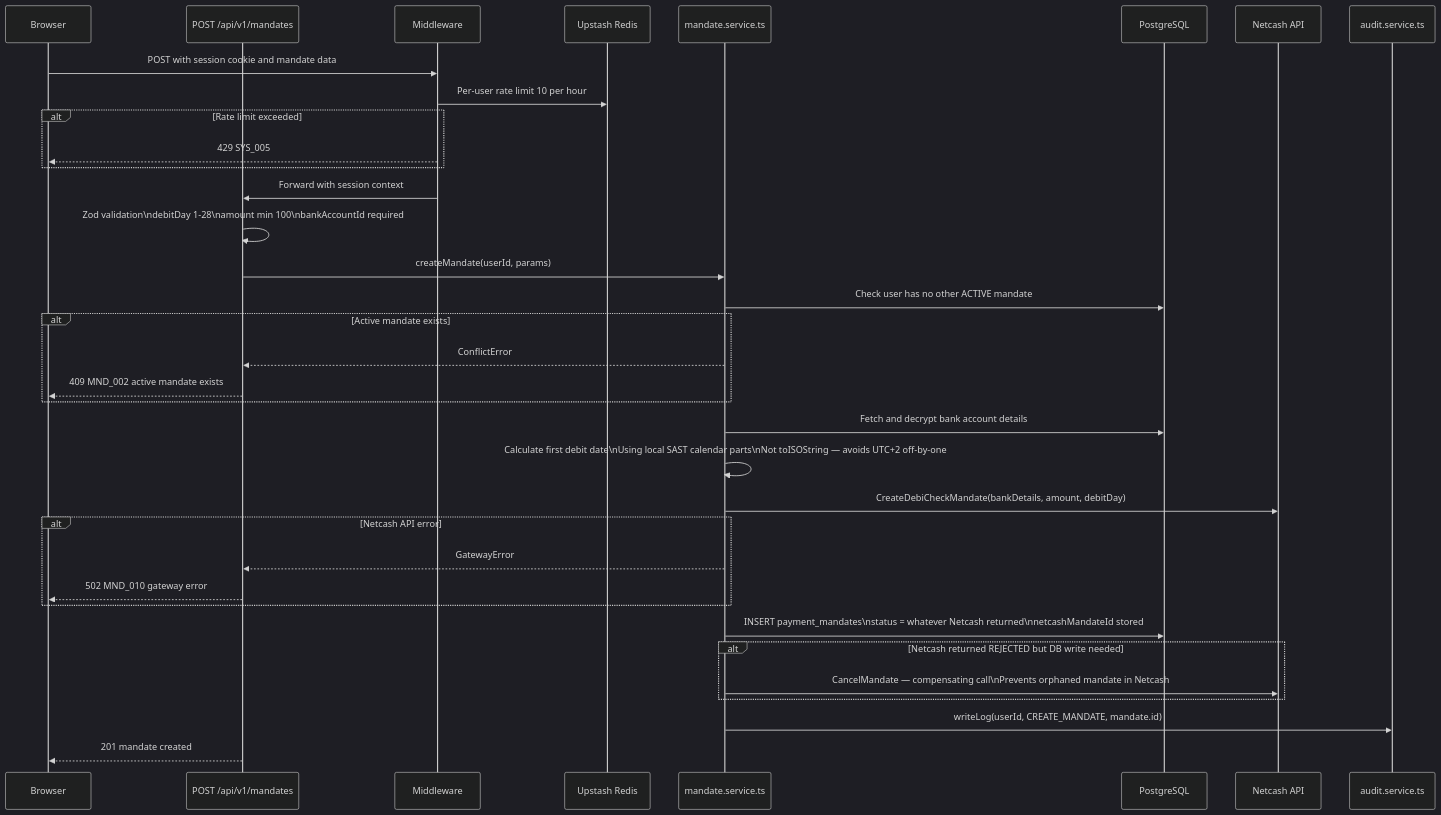
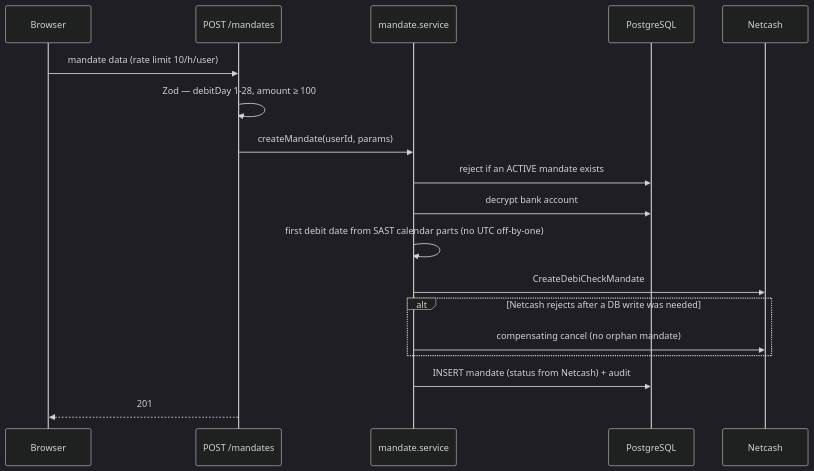
The second of 4 diagrams in docs/flows/02-payment-flow.md (KSDRILL-SA/Xkimi-Xa-Mali), drawn with Mermaid (dark theme) before and after one commit. The commit also changed other lines of this file and 4 other files, not shown here.

First line of the commit message:
docs: tighten flow diagrams and correct stale framing (#190)

````diff
--- a/docs/flows/02-payment-flow.md
+++ b/docs/flows/02-payment-flow.md
@@ -49,38 +27,21 @@
 ```mermaid
 sequenceDiagram
     participant B as Browser
-    participant API as POST /api/v1/mandates
-    participant MW as Middleware
-    participant REDIS as Upstash Redis
-    participant SVC as mandate.service.ts
+    participant API as POST /mandates
+    participant SVC as mandate.service
     participant DB as PostgreSQL
-    participant NC as Netcash API
-    participant AUDIT as audit.service.ts
+    participant NC as Netcash
 
-    B->>MW: POST with session cookie and mandate data
-    MW->>REDIS: Per-user rate limit 10 per hour
-    alt Rate limit exceeded
-        MW-->>B: 429 SYS_005
+    B->>API: mandate data (rate limit 10/h/user)
+    API->>API: Zod — debitDay 1-28, amount ≥ 100
+    API->>SVC: createMandate(userId, params)
+    SVC->>DB: reject if an ACTIVE mandate exists
+    SVC->>DB: decrypt bank account
+    SVC->>SVC: first debit date from SAST calendar parts (no UTC off-by-one)
+    SVC->>NC: CreateDebiCheckMandate
+    alt Netcash rejects after a DB write was needed
+        SVC->>NC: compensating cancel (no orphan mandate)
     end
-    MW->>API: Forward with session context
-    API->>API: Zod validation\ndebitDay 1-28\namount min 100\nbankAccountId required
-    API->>SVC: createMandate(userId, params)
-    SVC->>DB: Check user has no other ACTIVE mandate
-    alt Active mandate exists
-        SVC-->>API: ConflictError
-        API-->>B: 409 MND_002 active mandate exists
-    end
-    SVC->>DB: Fetch and decrypt bank account details
-    SVC->>SVC: Calculate first debit date\nUsing local SAST calendar parts\nNot toISOString — avoids UTC+2 off-by-one
-    SVC->>NC: CreateDebiCheckMandate(bankDetails, amount, debitDay)
-    alt Netcash API error
-        SVC-->>API: GatewayError
-        API-->>B: 502 MND_010 gateway error
-    end
-    SVC->>DB: INSERT payment_mandates\nstatus = whatever Netcash returned\nnetcashMandateId stored
-    alt Netcash returned REJECTED but DB write needed
-        SVC->>NC: CancelMandate — compensating call\nPrevents orphaned mandate in Netcash
-    end
-    SVC->>AUDIT: writeLog(userId, CREATE_MANDATE, mandate.id)
-    API-->>B: 201 mandate created
+    SVC->>DB: INSERT mandate (status from Netcash) + audit
+    API-->>B: 201
 ```
````
